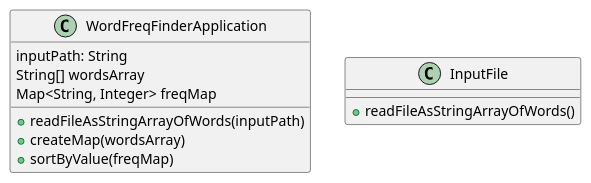
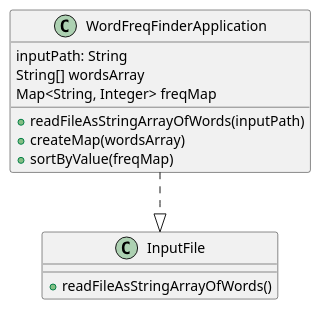
One commit to mredelis/COP3330-OOP-AS3-Summer21 changed the diagram in diagrams/Solution46.puml. Above: the diagram before and after it, drawn with PlantUML. The commit also changed 5 other files, not shown here.

Commit message:
Updated diagrams

```diff
--- a/diagrams/Solution46.puml
+++ b/diagrams/Solution46.puml
@@ -1,17 +1,19 @@
 @startuml
 
 class WordFreqFinderApplication{
     inputPath: String
     String[] wordsArray
     Map<String, Integer> freqMap
 
    + readFileAsStringArrayOfWords(inputPath)
    + createMap(wordsArray)
    + sortByValue(freqMap)
 }
 
+WordFreqFinderApplication ..|> InputFile
+
 class InputFile{
     + readFileAsStringArrayOfWords()
 }
 
 @enduml
```
